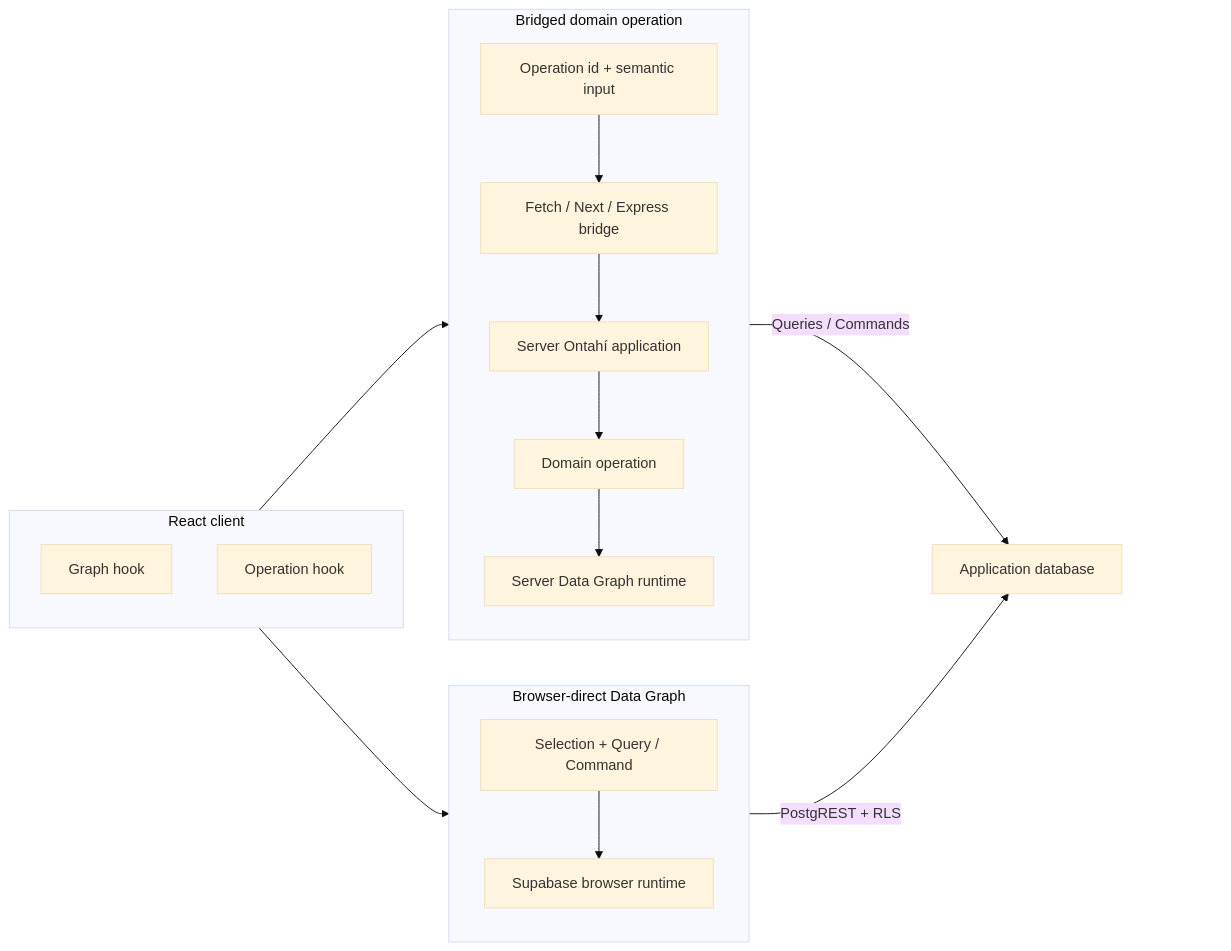
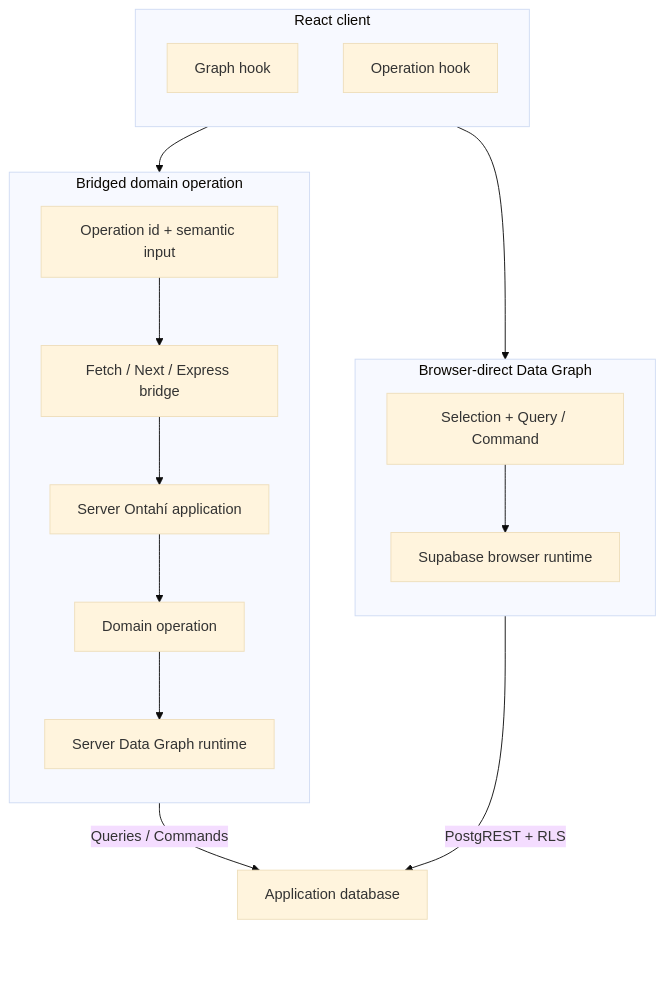
The diagram in library/02-ontahi-for-developers/03-carrying-the-model/03-transport-bridges-and-http-ingress.md (javifernandes/ontahi-library), drawn with Mermaid (base theme) before and after one commit. The commit also changed 1 other file, not shown here.

Commit message:
docs: improve architecture diagram layouts

````diff
--- a/library/02-ontahi-for-developers/03-carrying-the-model/03-transport-bridges-and-http-ingress.md
+++ b/library/02-ontahi-for-developers/03-carrying-the-model/03-transport-bridges-and-http-ingress.md
@@ -90,32 +90,32 @@
 ```mermaid
-flowchart LR
+flowchart TB
   subgraph Client["React client"]
     direction TB
     DirectHook["Graph hook"]
     OperationHook["Operation hook"]
   end
 
   subgraph Direct["Browser-direct Data Graph"]
     direction TB
     Plan["Selection + Query / Command"] --> BrowserRuntime["Supabase browser runtime"]
   end
 
   subgraph Bridged["Bridged domain operation"]
     direction TB
     Intention["Operation id + semantic input"]
     Intention --> Bridge["Fetch / Next / Express bridge"]
     Bridge --> ServerApp["Server Ontahí application"]
     ServerApp --> DomainOperation["Domain operation"]
     DomainOperation --> ServerRuntime["Server Data Graph runtime"]
   end
 
   Database["Application database"]
   DirectHook --> Plan
   BrowserRuntime -->|"PostgREST + RLS"| Database
   OperationHook --> Intention
   ServerRuntime -->|"Queries / Commands"| Database
   Database ~~~ DatabaseMargin[" "]
 
   classDef margin fill:transparent,stroke:transparent,color:transparent
   class DatabaseMargin margin
 ```
````
